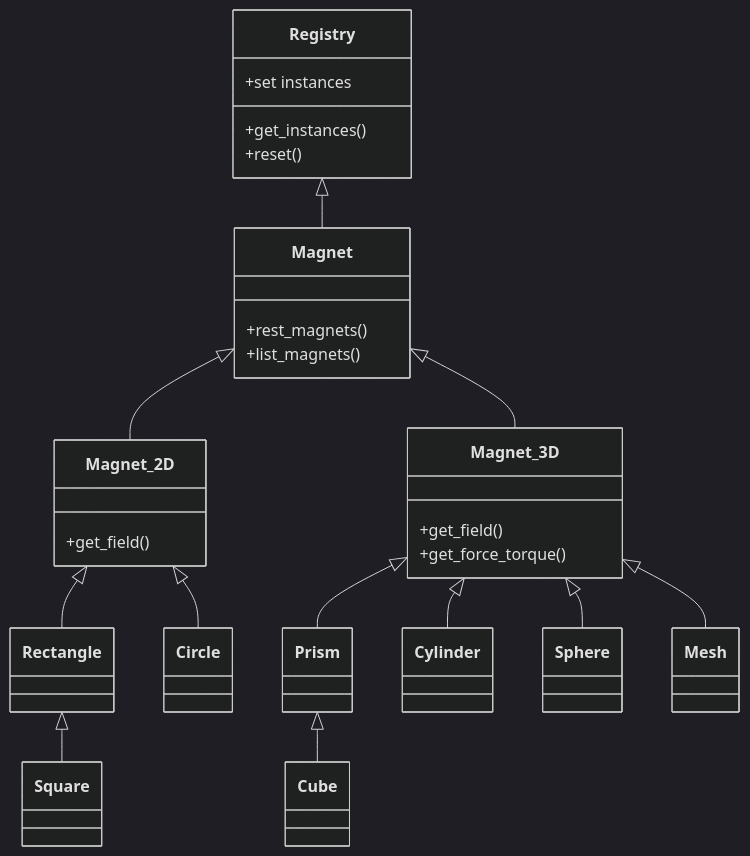
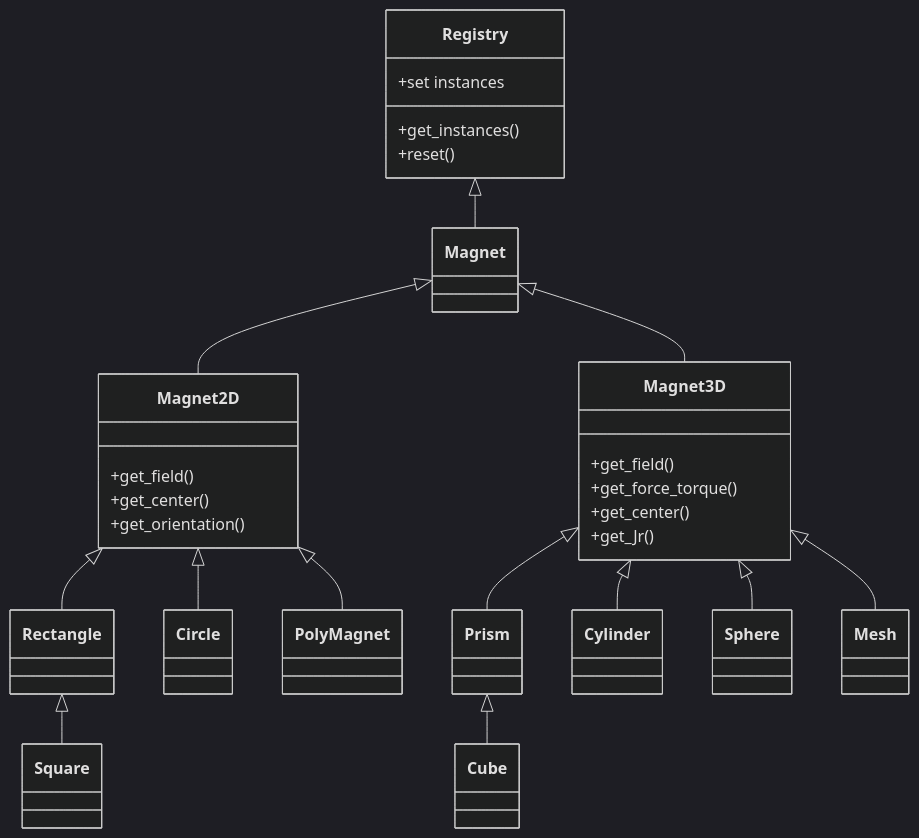
The third of 3 diagrams in docs/methods/methods.md (pdunne/pymagnet), drawn with Mermaid (dark theme) before and after one commit. The commit also changed other lines of this file and 93 other files, not shown here.

````diff
--- a/docs/methods/methods.md
+++ b/docs/methods/methods.md
@@ -76,44 +74,49 @@
 ```mermaid
 classDiagram
     Registry <|-- Magnet
-    Magnet <|-- Magnet_2D
-    Magnet_2D <|-- Rectangle
+    Magnet <|-- Magnet2D
+    Magnet2D <|-- Rectangle
     Rectangle <|-- Square
-    Magnet_2D <|-- Circle
-    Magnet <|-- Magnet_3D
-    Magnet_3D <|-- Prism
+    Magnet2D <|-- Circle
+    Magnet2D <|-- PolyMagnet
+    Magnet <|-- Magnet3D
+    Magnet3D <|-- Prism
     Prism <|-- Cube
-    Magnet_3D <|-- Cylinder
-    Magnet_3D <|-- Sphere
-    Magnet_3D <|-- Mesh
+    Magnet3D <|-- Cylinder
+    Magnet3D <|-- Sphere
+    Magnet3D <|-- Mesh
     class Registry{
         +set instances
-        +get_instances() 
+        +get_instances()
         +reset()
     }
     class Magnet{
-        +rest_magnets()
-        +list_magnets()
     }
-    class Magnet_2D{
+    class Magnet2D{
         +get_field()
+        +get_center()
+        +get_orientation()
     }
 
     class Rectangle{
     }
 
     class Circle{
     }
-    class Magnet_3D{
+    class PolyMagnet{
+    }
+    class Magnet3D{
         +get_field()
         +get_force_torque()
+        +get_center()
+        +get_Jr()
     }
     class Prism{
     }
     class Cylinder{
     }
     class Sphere{
     }
     class Mesh{
     }
 ```
````
